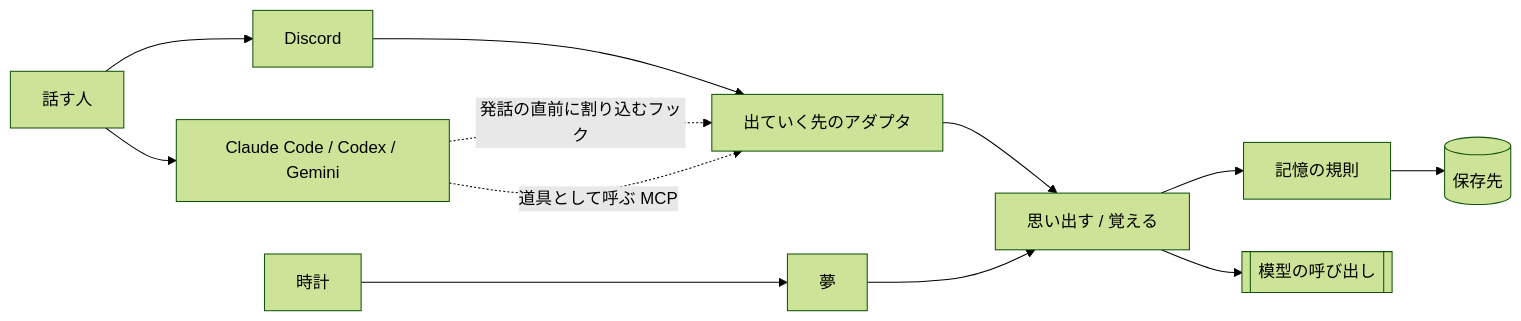
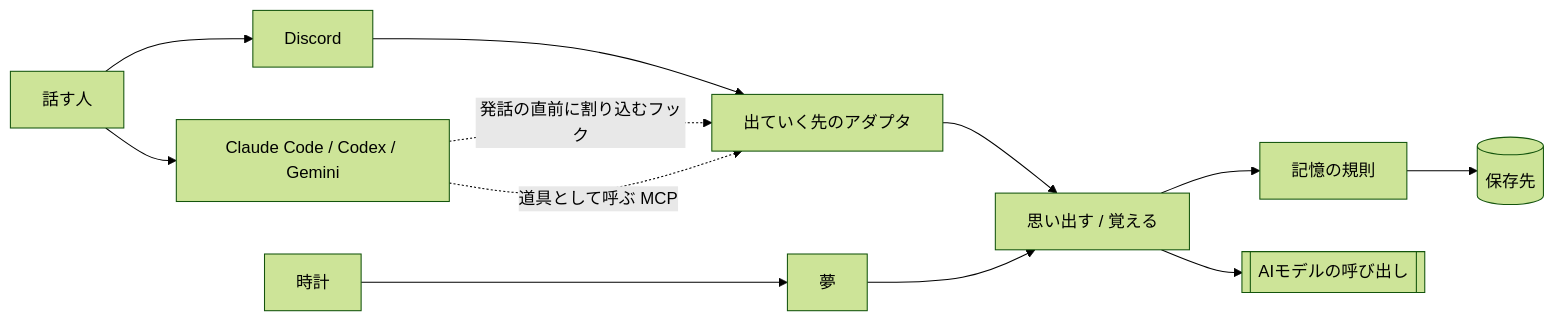
The first of 2 diagrams in docs/150_system/全体構造.md (yadori-dev/yadori), drawn with Mermaid (forest theme) before and after one commit. The commit also changed other lines of this file and 54 other files, not shown here.

````diff
--- a/docs/150_system/全体構造.md
+++ b/docs/150_system/全体構造.md
@@ -8,14 +8,14 @@
 ```mermaid
 flowchart LR
     Person[話す人] --> Discord[Discord]
     Person --> Tools[Claude Code / Codex / Gemini]
     Discord --> Adapter[出ていく先のアダプタ]
     Tools -. 発話の直前に割り込むフック .-> Adapter
     Tools -. 道具として呼ぶ MCP .-> Adapter
     Adapter --> Usecase[思い出す / 覚える]
     Clock[時計] --> Dream[夢]
     Dream --> Usecase
     Usecase --> Domain[記憶の規則]
     Domain --> Store[(保存先)]
-    Usecase --> Model[[模型の呼び出し]]
+    Usecase --> Model[[AIモデルの呼び出し]]
 ```
````
